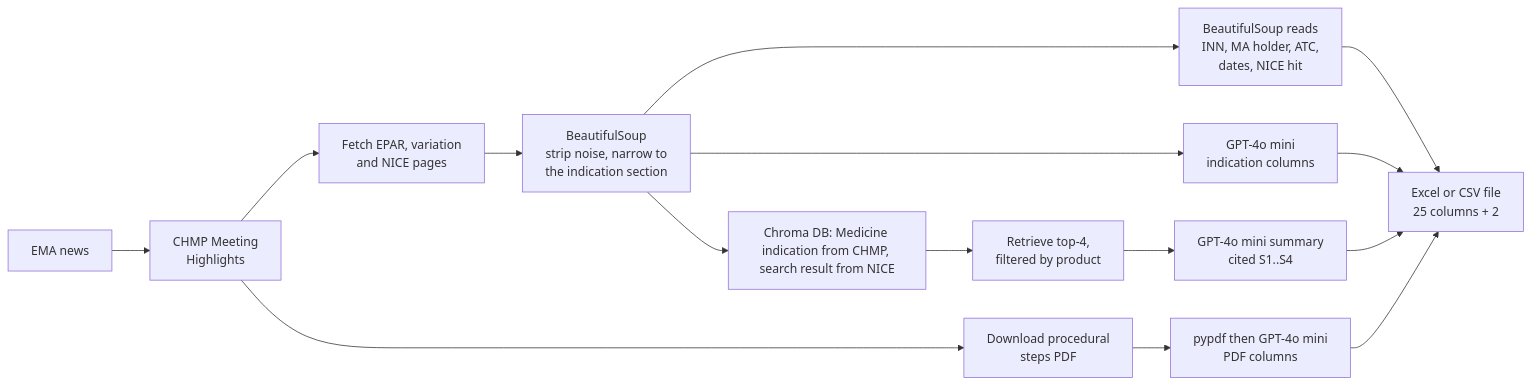
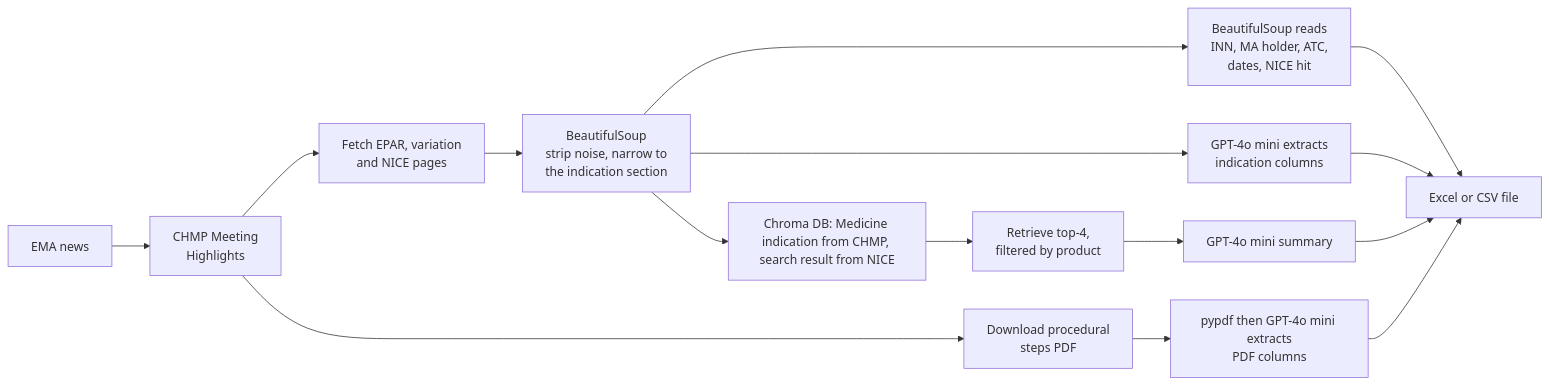
The diagram in README.md (yumi-h-1/Automated-EMA-NICE-Data-Scraping), drawn with Mermaid before and after one commit.

Commit message:
Update README for clarity on extracts and summaries

````diff
--- a/README.md
+++ b/README.md
@@ -30,21 +30,21 @@
 ```mermaid
 flowchart LR
     N["EMA news"] --> MH["CHMP Meeting\nHighlights"]
     MH --> FET["Fetch EPAR, variation\nand NICE pages"]
     MH --> PDF["Download procedural\nsteps PDF"]
 
     FET --> TRIM["BeautifulSoup\nstrip noise, narrow to\nthe indication section"]
 
     TRIM --> BS["BeautifulSoup reads\nINN, MA holder, ATC,\ndates, NICE hit"]
-    TRIM --> EXT["GPT-4o mini\nindication columns"]
+    TRIM --> EXT["GPT-4o mini extracts\nindication columns"]
     TRIM --> IDX["Chroma DB: Medicine indication from CHMP, \nsearch result from NICE"]
-    PDF --> PEX["pypdf then GPT-4o mini\nPDF columns"]
+    PDF --> PEX["pypdf then GPT-4o mini extracts\nPDF columns"]
 
     IDX --> RET["Retrieve top-4,\nfiltered by product"]
-    RET --> SUM["GPT-4o mini summary\ncited S1..S4"]
+    RET --> SUM["GPT-4o mini summary"]
 
-    BS --> OUT["Excel or CSV file\n25 columns + 2"]
+    BS --> OUT["Excel or CSV file"]
     EXT --> OUT
     PEX --> OUT
     SUM --> OUT
 ```
````
